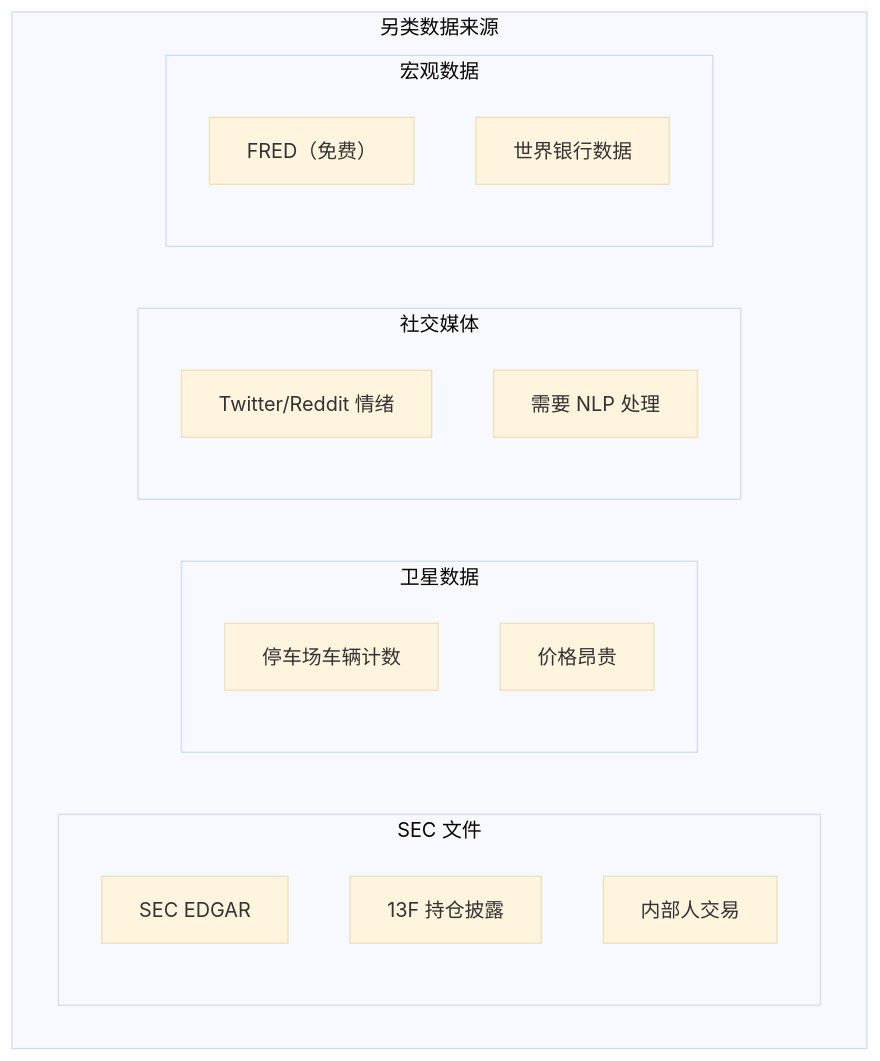
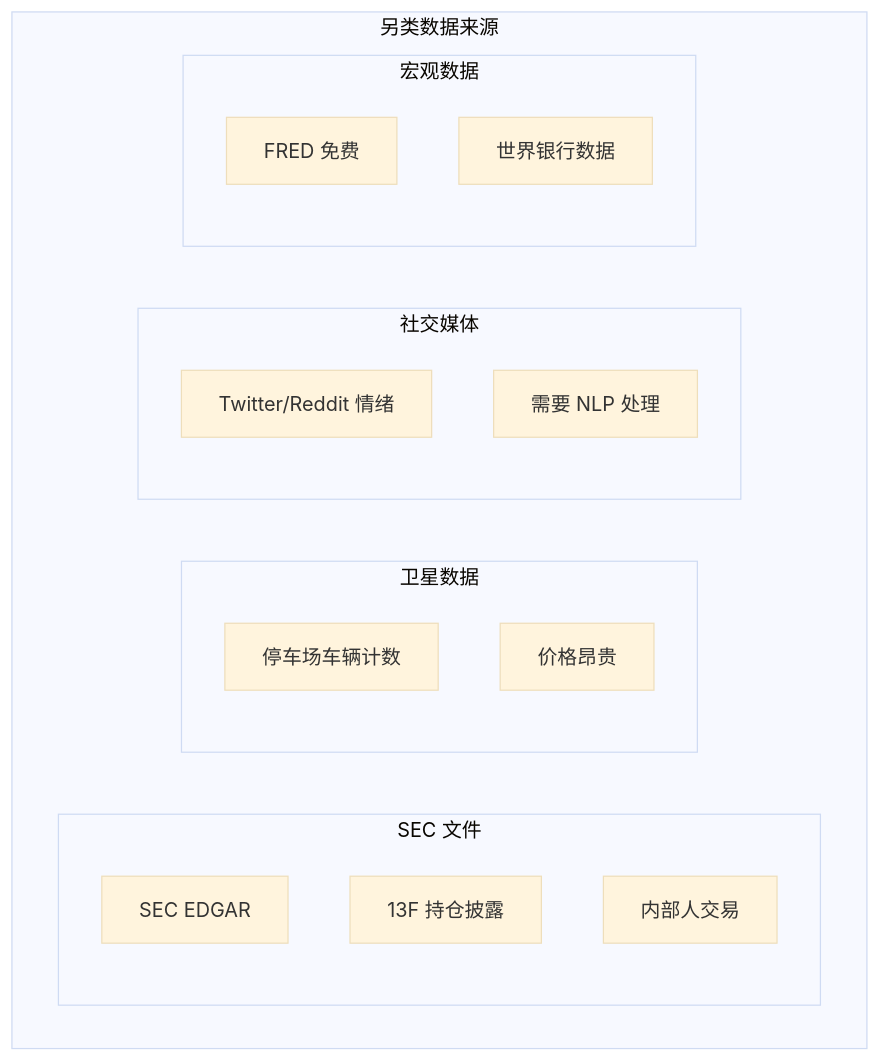
One commit to jpixy/jpixy.github.io changed the sixth of 13 diagrams in content/articles/quant/quant-04-全球量化交易接口与数据.md. Above: the diagram before and after it, drawn with Mermaid (base theme). The commit also changed other lines of this file and 66 other files, not shown here.

Commit message:
fix: resolve Mermaid syntax errors by removing parentheses in node labels

````diff
--- a/content/articles/quant/quant-04-全球量化交易接口与数据.md
+++ b/content/articles/quant/quant-04-全球量化交易接口与数据.md
@@ -288,22 +288,22 @@
 ```mermaid
 graph TB
     subgraph 另类数据["另类数据来源"]
         subgraph SEC["SEC 文件"]
             S1["SEC EDGAR"]
             S2["13F 持仓披露"]
             S3["内部人交易"]
         end
         subgraph 卫星数据
             W1["停车场车辆计数"]
             W2["价格昂贵"]
         end
         subgraph 社交媒体
             M1["Twitter/Reddit 情绪"]
             M2["需要 NLP 处理"]
         end
         subgraph 宏观数据
-            H1["FRED（免费）"]
+            H1["FRED 免费"]
             H2["世界银行数据"]
         end
     end
 ```
````
